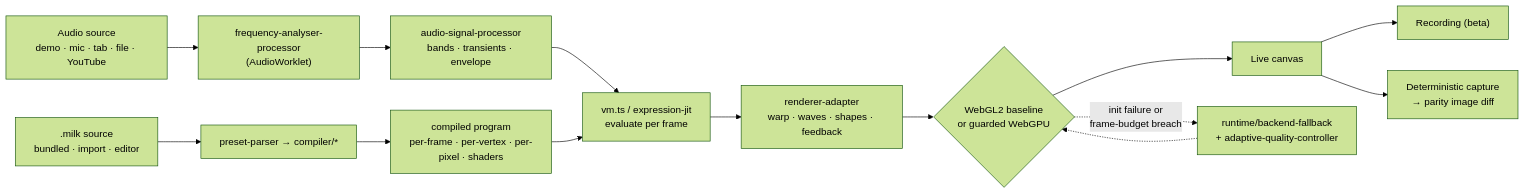
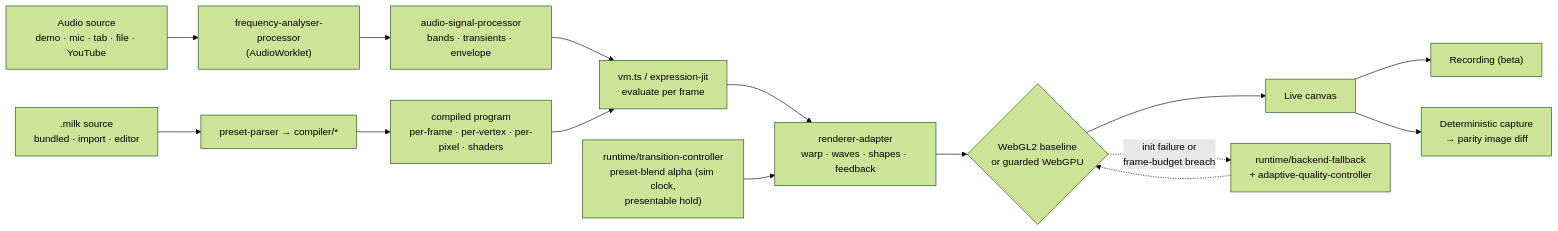
Before and after one commit to zz-plant/stims: the second of 2 diagrams in docs/ARCHITECTURE.md, drawn with Mermaid (forest theme). The commit also changed 3 other files, not shown here.

````diff
--- a/docs/ARCHITECTURE.md
+++ b/docs/ARCHITECTURE.md
@@ -70,16 +70,17 @@
 ```mermaid
 flowchart LR
   Src["Audio source<br/>demo · mic · tab · file · YouTube"] --> Worklet["frequency-analyser-processor<br/>(AudioWorklet)"]
   Worklet --> Signals["audio-signal-processor<br/>bands · transients · envelope"]
   Milk[".milk source<br/>bundled · import · editor"] --> Parser["preset-parser → compiler/*"]
   Parser --> IR["compiled program<br/>per-frame · per-vertex · per-pixel · shaders"]
   Signals --> VM["vm.ts / expression-jit<br/>evaluate per frame"]
   IR --> VM
   VM --> Draw["renderer-adapter<br/>warp · waves · shapes · feedback"]
+  Transition["runtime/transition-controller<br/>preset-blend alpha (sim clock,<br/>presentable hold)"] --> Draw
   Draw --> Backend{"WebGL2 baseline<br/>or guarded WebGPU"}
   Backend --> Canvas["Live canvas"]
   Backend -.->|init failure or<br/>frame-budget breach| Fallback["runtime/backend-fallback<br/>+ adaptive-quality-controller"]
   Fallback -.-> Backend
   Canvas --> Rec["Recording (beta)"]
   Canvas --> Cap["Deterministic capture<br/>→ parity image diff"]
 ```
````
